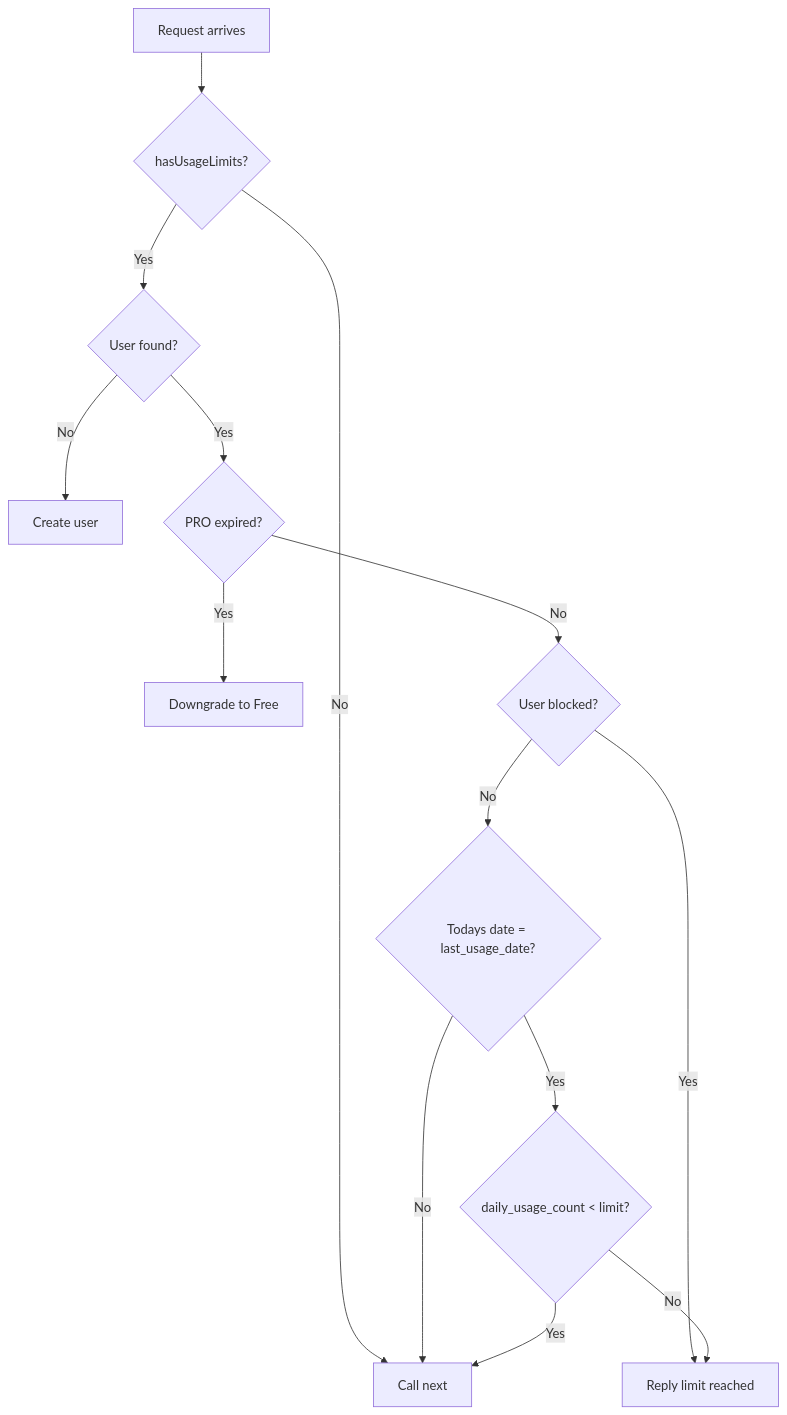
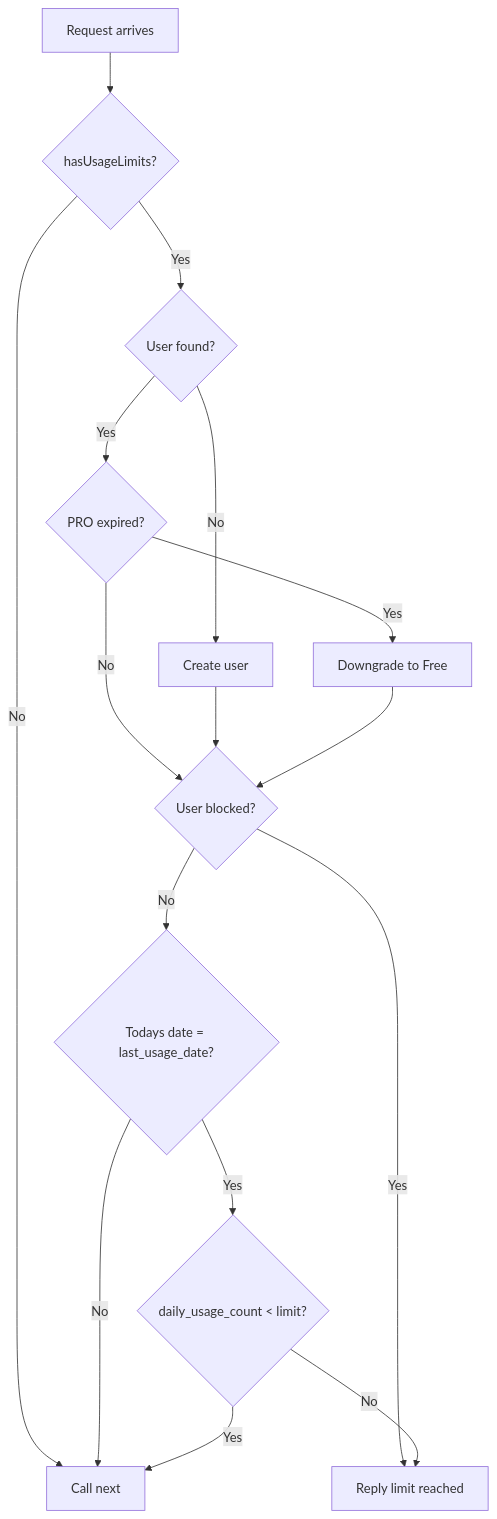
Before and after one commit to gabrielrufino/pdf-studio-bot: the first of 2 diagrams in docs/usage-limits.md, drawn with Mermaid. The commit also changed 7 other files, not shown here.

````diff
--- a/docs/usage-limits.md
+++ b/docs/usage-limits.md
@@ -18,16 +18,18 @@
 ```mermaid
 flowchart TD
     A[Request arrives] --> B{hasUsageLimits?}
     B -->|No| Z[Call next]
     B -->|Yes| C{User found?}
     C -->|No| D[Create user]
     C -->|Yes| E{PRO expired?}
     E -->|Yes| F[Downgrade to Free]
     E -->|No| G{User blocked?}
+    D --> G
+    F --> G
     G -->|Yes| H[Reply limit reached]
     G -->|No| I{Todays date = last_usage_date?}
     I -->|No| Z
     I -->|Yes| J{daily_usage_count < limit?}
     J -->|Yes| Z
     J -->|No| H
 ```
````
